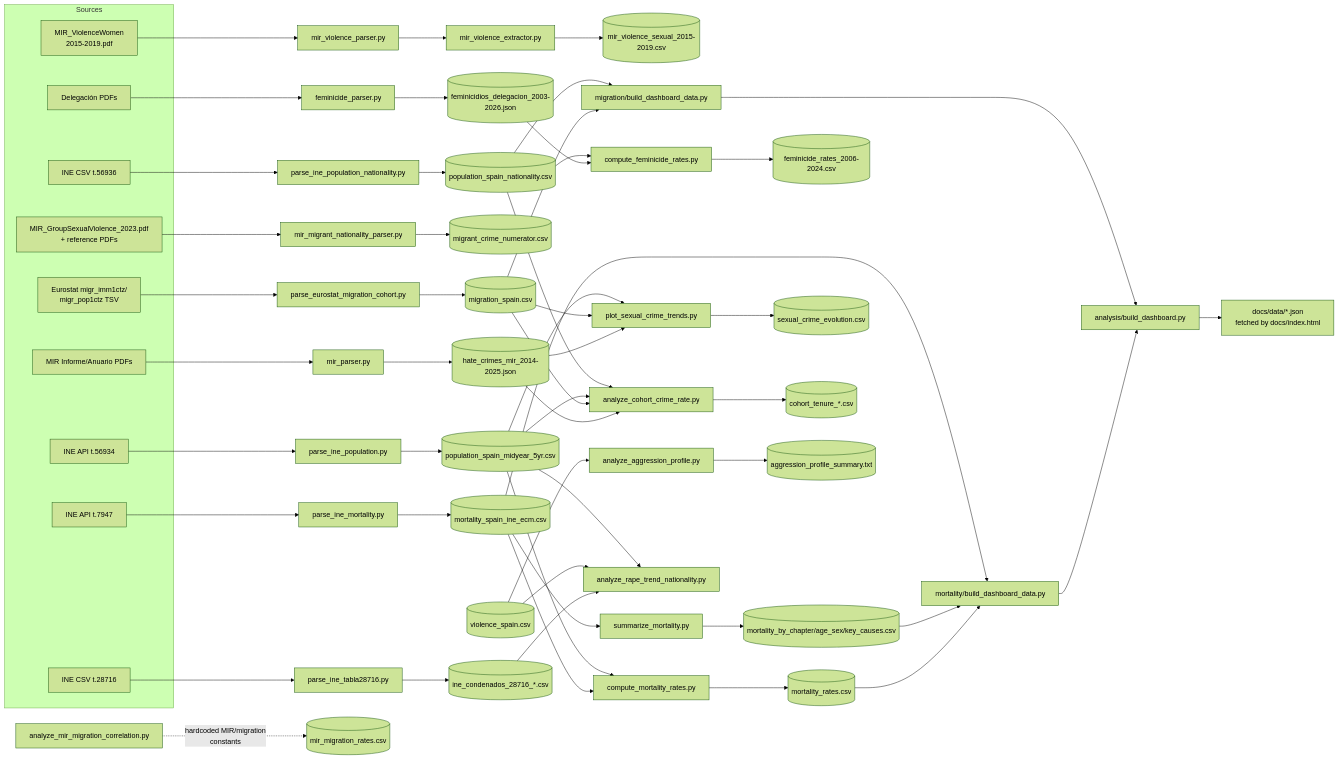
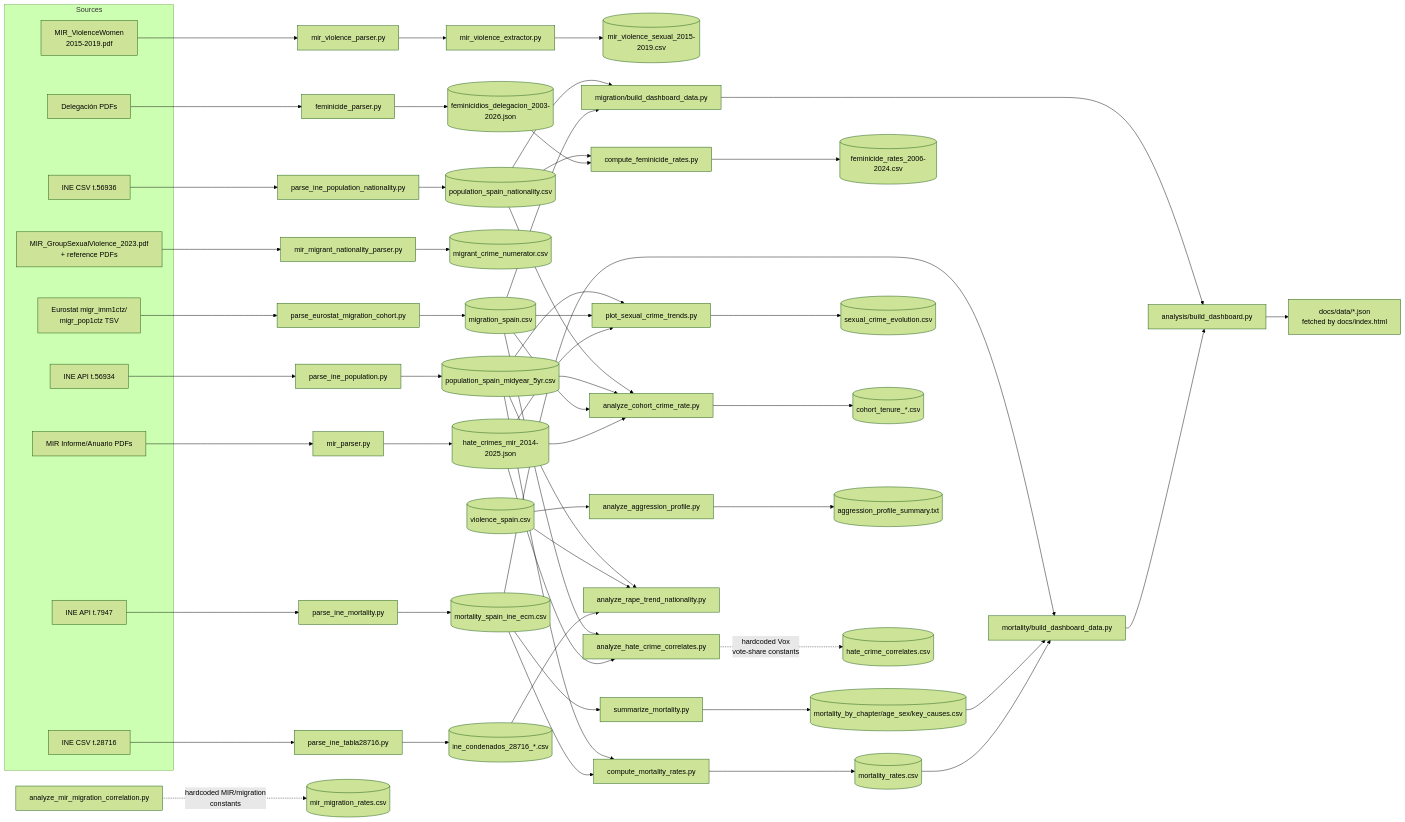
One commit to JavierGOrdonnez/SVS changed the diagram in data/PIPELINE.md. Above: the diagram before and after it, drawn with Mermaid (forest theme). The commit also changed other lines of this file and 4 other files, not shown here.

First line of the commit message:
T38: correlate hate crimes against migration & Vox vote share (SIA-CRIME-T38) (#25)

````diff
--- a/data/PIPELINE.md
+++ b/data/PIPELINE.md
@@ -74,62 +75,66 @@
 ```mermaid
 flowchart LR
   subgraph Sources
     PDF_FEM[Delegación PDFs]
     PDF_MIR[MIR Informe/Anuario PDFs]
     PDF_MIRV[MIR_ViolenceWomen<br/>2015-2019.pdf]
     PDF_GRP[MIR_GroupSexualViolence_2023.pdf<br/>+ reference PDFs]
     API_POP[INE API t.56934]
     API_POPNAT[INE CSV t.56936]
     API_MORT[INE API t.7947]
     URL_28716[INE CSV t.28716]
     TSV_EURO[Eurostat migr_imm1ctz/<br/>migr_pop1ctz TSV]
   end
 
   PDF_FEM --> feminicide_parser.py --> JSON_FEM[(feminicidios_delegacion_2003-2026.json)]
   PDF_MIR --> mir_parser.py --> JSON_MIR[(hate_crimes_mir_2014-2025.json)]
   PDF_MIRV --> mir_violence_parser.py --> mir_violence_extractor.py --> CSV_MIRV[(mir_violence_sexual_2015-2019.csv)]
   PDF_GRP --> mir_migrant_nationality_parser.py --> CSV_MIG[(migrant_crime_numerator.csv)]
   API_POP --> parse_ine_population.py --> CSV_POP[(population_spain_midyear_5yr.csv)]
   API_POPNAT --> parse_ine_population_nationality.py --> CSV_POPNAT[(population_spain_nationality.csv)]
   API_MORT --> parse_ine_mortality.py --> CSV_ECM[(mortality_spain_ine_ecm.csv)]
   CSV_ECM --> summarize_mortality.py --> CSV_MORTSUM[(mortality_by_chapter/age_sex/key_causes.csv)]
   URL_28716 --> parse_ine_tabla28716.py --> CSV_28716[(ine_condenados_28716_*.csv)]
   TSV_EURO --> parse_eurostat_migration_cohort.py --> CSV_MIGR[(migration_spain.csv)]
 
   JSON_FEM --> compute_feminicide_rates.py
   CSV_POPNAT --> compute_feminicide_rates.py
   compute_feminicide_rates.py --> CSV_FEMRATE[(feminicide_rates_2006-2024.csv)]
 
   CSV_ECM --> compute_mortality_rates.py
   CSV_POP --> compute_mortality_rates.py
   compute_mortality_rates.py --> CSV_MORTRATE[(mortality_rates.csv)]
 
   CSV_MORTRATE --> MORT_BUILD[mortality/build_dashboard_data.py]
   CSV_MORTSUM --> MORT_BUILD
   CSV_ECM --> MORT_BUILD
   MORT_BUILD --> ORCH[analysis/build_dashboard.py]
 
   CSV_MIGR --> MIGR_BUILD[migration/build_dashboard_data.py] --> ORCH
   CSV_POPNAT --> MIGR_BUILD
 
   ORCH --> DASH1[docs/data/*.json<br/>fetched by docs/index.html]
 
   JSON_MIR --> plot_sexual_crime_trends.py
   CSV_MIGR --> plot_sexual_crime_trends.py
   CSV_POP --> plot_sexual_crime_trends.py
   plot_sexual_crime_trends.py --> CSV_TREND[(sexual_crime_evolution.csv)]
 
   JSON_MIR --> analyze_cohort_crime_rate.py
   CSV_MIGR --> analyze_cohort_crime_rate.py
   CSV_POP --> analyze_cohort_crime_rate.py
   CSV_POPNAT --> analyze_cohort_crime_rate.py
   analyze_cohort_crime_rate.py --> CSV_COHORT[(cohort_tenure_*.csv)]
 
   CSV_28716 --> analyze_rape_trend_nationality.py
   CSV_VIOL[(violence_spain.csv)] --> analyze_rape_trend_nationality.py
   CSV_POP --> analyze_rape_trend_nationality.py
 
   CSV_VIOL --> analyze_aggression_profile.py --> TXT_AGG[(aggression_profile_summary.txt)]
 
   analyze_mir_migration_correlation.py -. hardcoded MIR/migration<br/>constants .-> CSV_CORR[(mir_migration_rates.csv)]
+
+  JSON_MIR --> analyze_hate_crime_correlates.py
+  CSV_MIGR --> analyze_hate_crime_correlates.py
+  analyze_hate_crime_correlates.py -. hardcoded Vox<br/>vote-share constants .-> CSV_HATECORR[(hate_crime_correlates.csv)]
 ```
````
